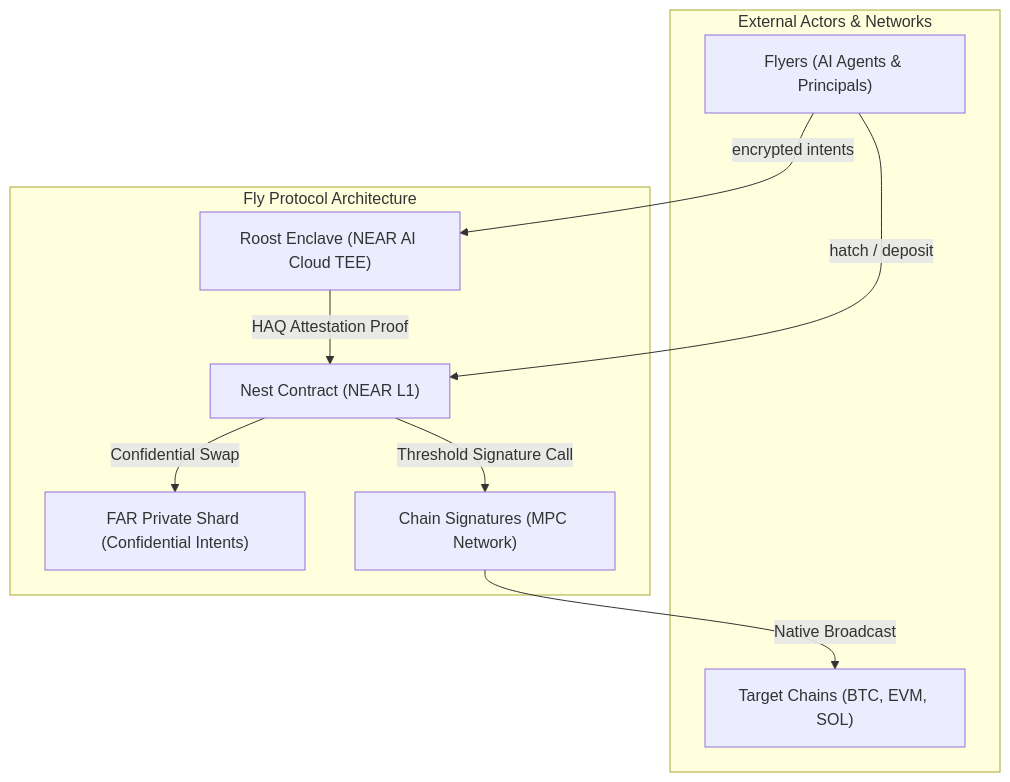
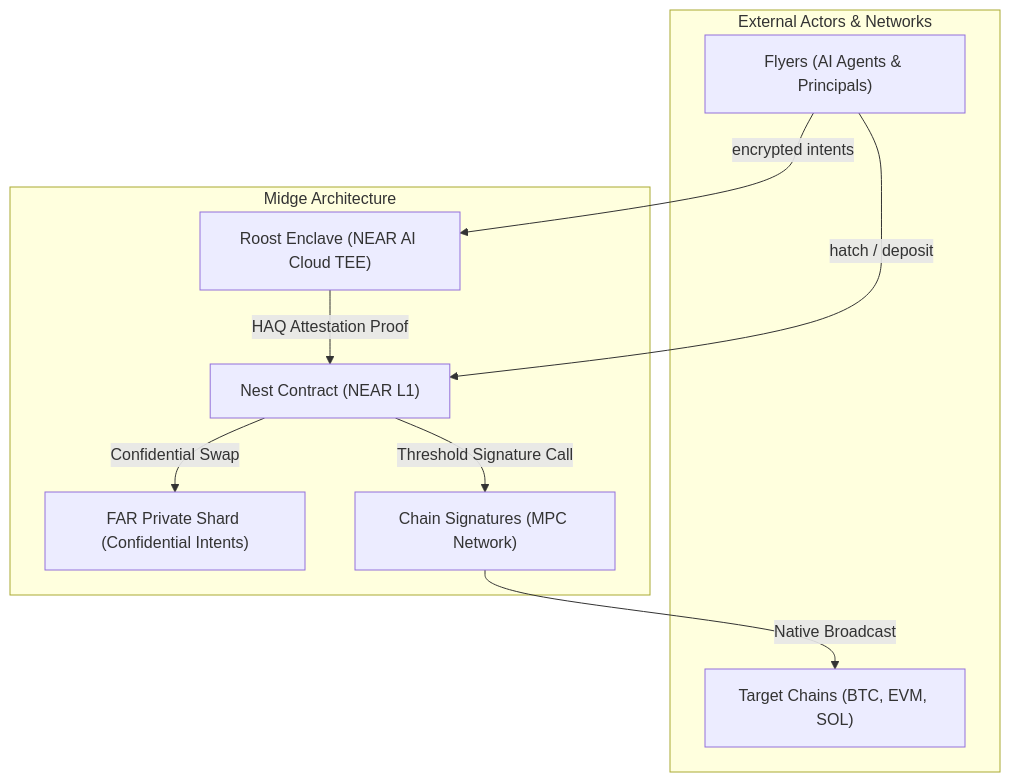
The diagram in docs/srs.md (etvjay/midge), drawn with Mermaid before and after one commit. The commit also changed other lines of this file and 49 other files, not shown here.

First line of the commit message:
chore(brand): rename the public project from Fly to Midge

````diff
--- a/docs/srs.md
+++ b/docs/srs.md
@@ -30,21 +30,21 @@
 ```mermaid
 flowchart TD
     subgraph External ["External Actors & Networks"]
         Flyers["Flyers (AI Agents & Principals)"]
         TargetChains["Target Chains (BTC, EVM, SOL)"]
     end
 
-    subgraph Fly_System ["Fly Protocol Architecture"]
+    subgraph Fly_System ["Midge Architecture"]
         Nest["Nest Contract (NEAR L1)"]
         Roost["Roost Enclave (NEAR AI Cloud TEE)"]
         FAR["FAR Private Shard (Confidential Intents)"]
         MPC["Chain Signatures (MPC Network)"]
     end
 
     Flyers -->|hatch / deposit| Nest
     Flyers -->|encrypted intents| Roost
     Roost -->|HAQ Attestation Proof| Nest
     Nest -->|Confidential Swap| FAR
     Nest -->|Threshold Signature Call| MPC
     MPC -->|Native Broadcast| TargetChains
 ```
````
